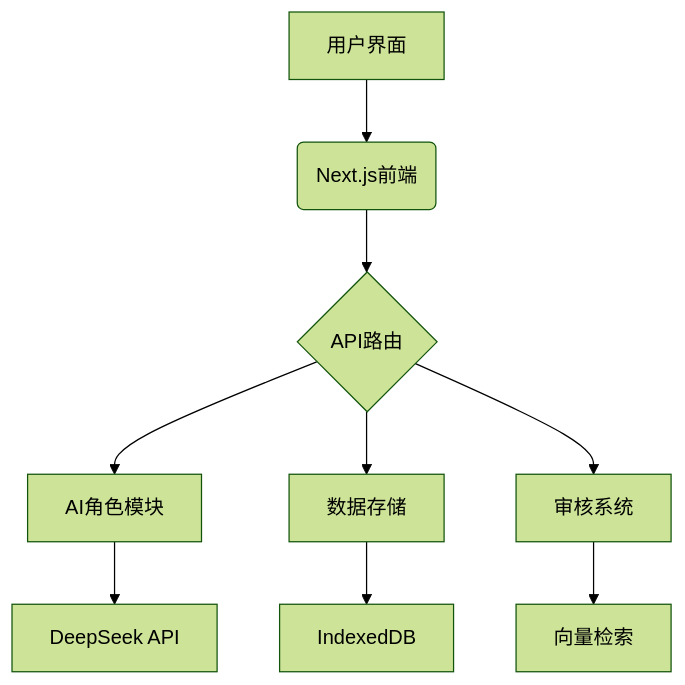
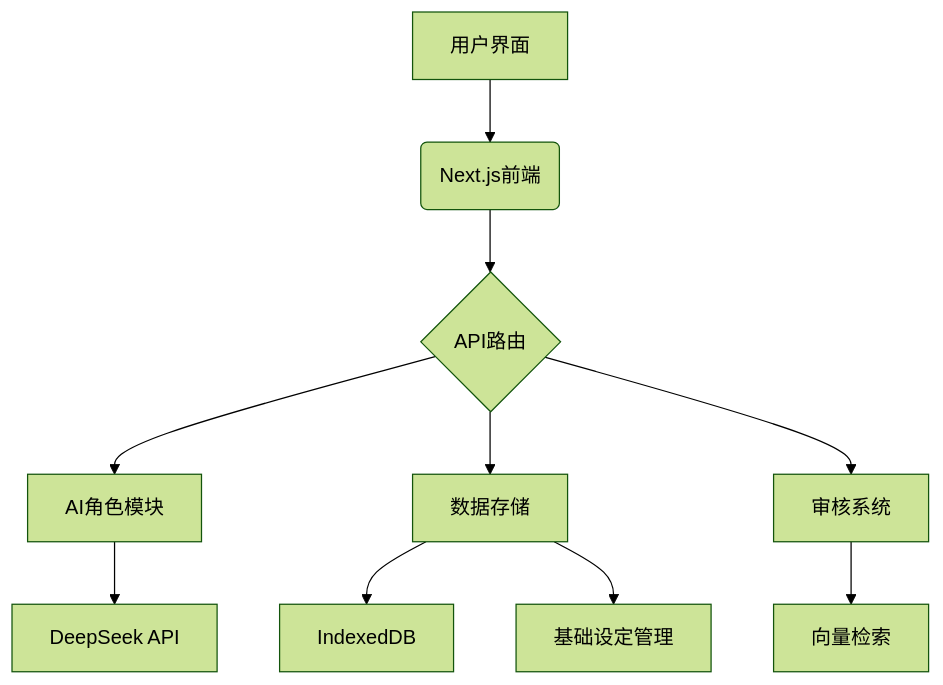
One commit to danhuaxiansheng/ai-project changed the first of 3 diagrams in tale-weaver/README.md. Above: the diagram before and after it, drawn with Mermaid (forest theme). The commit also changed other lines of this file and 31 other files, not shown here.

````diff
--- a/tale-weaver/README.md
+++ b/tale-weaver/README.md
@@ -18,11 +19,12 @@
 ```mermaid
 graph TD
     A[用户界面] --> B(Next.js前端)
     B --> C{API路由}
     C --> D[AI角色模块]
     C --> E[数据存储]
     C --> F[审核系统]
     D --> G[DeepSeek API]
     E --> H[IndexedDB]
     F --> I[向量检索]
+    E --> J[基础设定管理]
 ```
````
